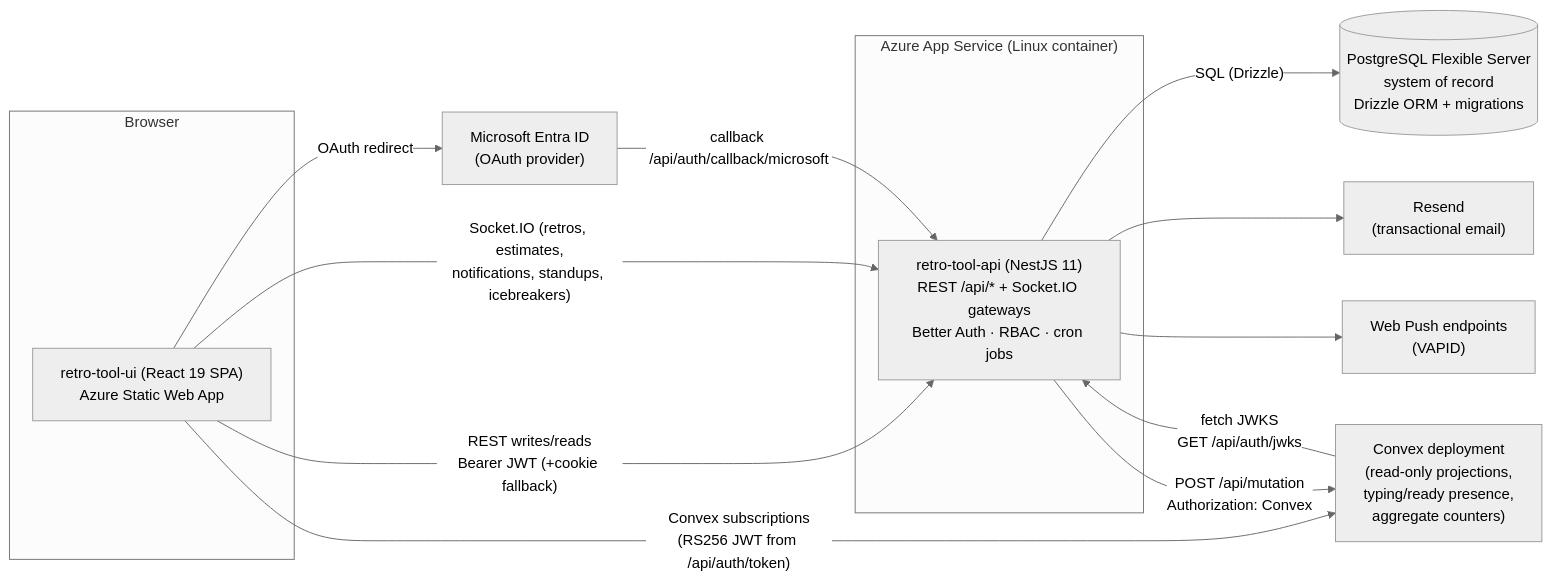
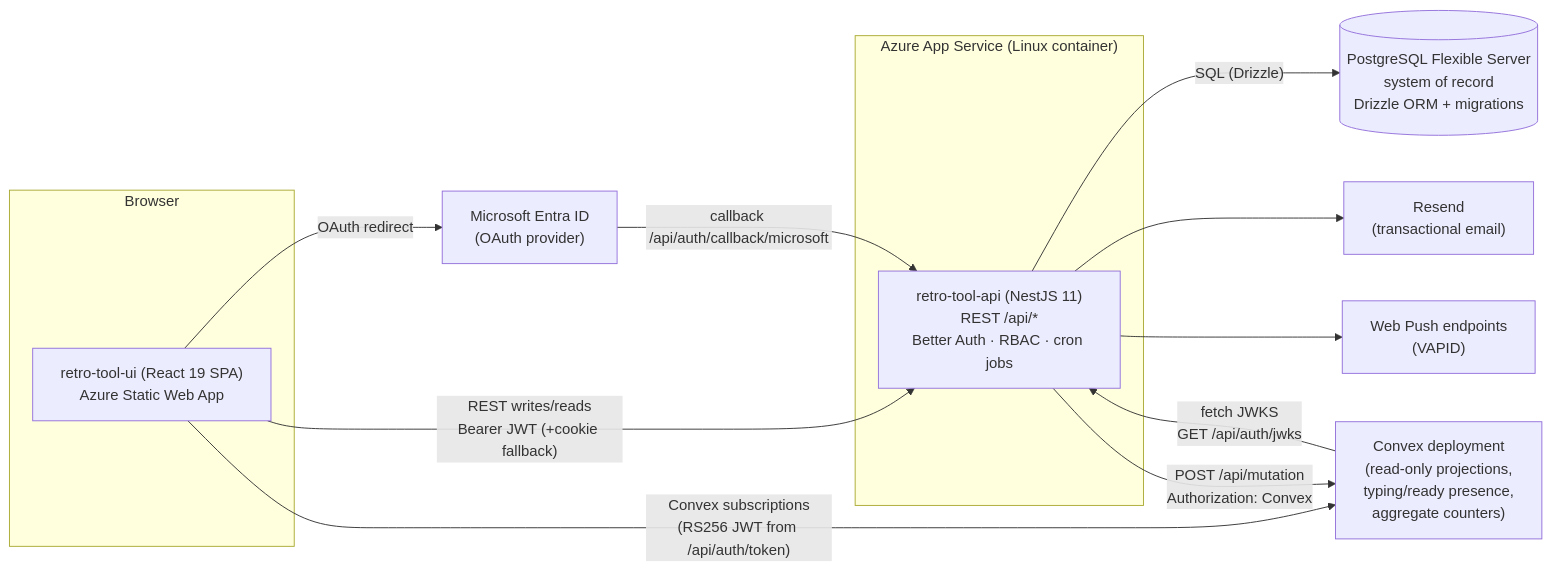
Before and after one commit to kevin-gatimu/retro-tool-v2: the first of 5 diagrams in docs/architecture/overview.md, drawn with Mermaid. The commit also changed other lines of this file and 42 other files, not shown here.

````diff
--- a/docs/architecture/overview.md
+++ b/docs/architecture/overview.md
@@ -46,28 +46,26 @@
 ```mermaid
-%%{init: {'theme':'neutral'}}%%
 flowchart LR
     subgraph Browser
         UI["retro-tool-ui (React 19 SPA)\nAzure Static Web App"]
     end
 
     subgraph "Azure App Service (Linux container)"
-        API["retro-tool-api (NestJS 11)\nREST /api/* + Socket.IO gateways\nBetter Auth · RBAC · cron jobs"]
+        API["retro-tool-api (NestJS 11)\nREST /api/*\nBetter Auth · RBAC · cron jobs"]
     end
 
     PG[("PostgreSQL Flexible Server\nsystem of record\nDrizzle ORM + migrations")]
     CVX["Convex deployment\n(read-only projections,\ntyping/ready presence,\naggregate counters)"]
     RESEND["Resend\n(transactional email)"]
     PUSH["Web Push endpoints\n(VAPID)"]
     MS["Microsoft Entra ID\n(OAuth provider)"]
 
     UI -- "REST writes/reads\nBearer JWT (+cookie fallback)" --> API
-    UI -- "Socket.IO (retros, estimates,\nnotifications, standups, icebreakers)" --> API
     UI -- "Convex subscriptions\n(RS256 JWT from /api/auth/token)" --> CVX
     API -- "SQL (Drizzle)" --> PG
     API -- "POST /api/mutation\nAuthorization: Convex <admin key>" --> CVX
     CVX -- "fetch JWKS\nGET /api/auth/jwks" --> API
     API --> RESEND
     API --> PUSH
     UI -- "OAuth redirect" --> MS
     MS -- "callback /api/auth/callback/microsoft" --> API
 ```
````
